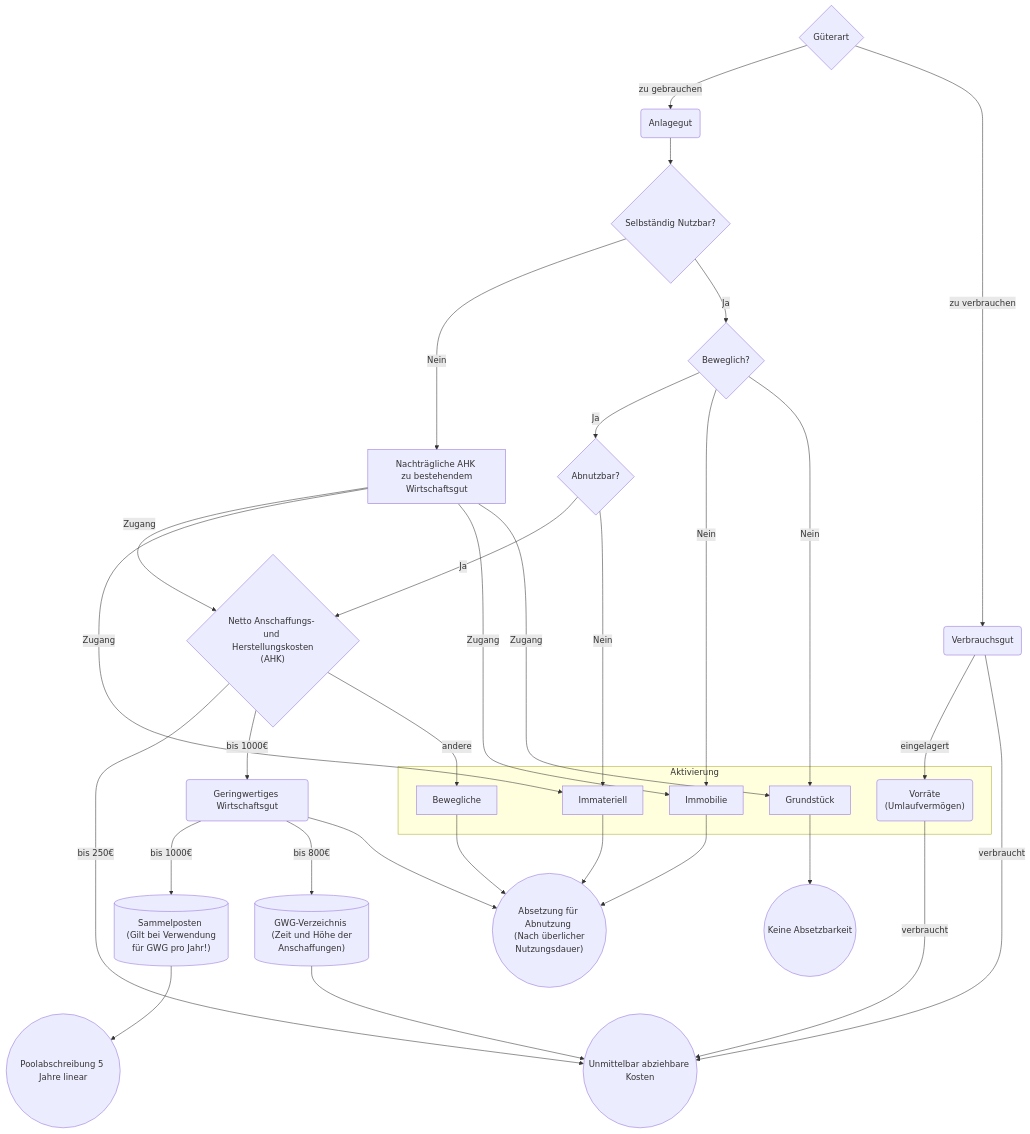
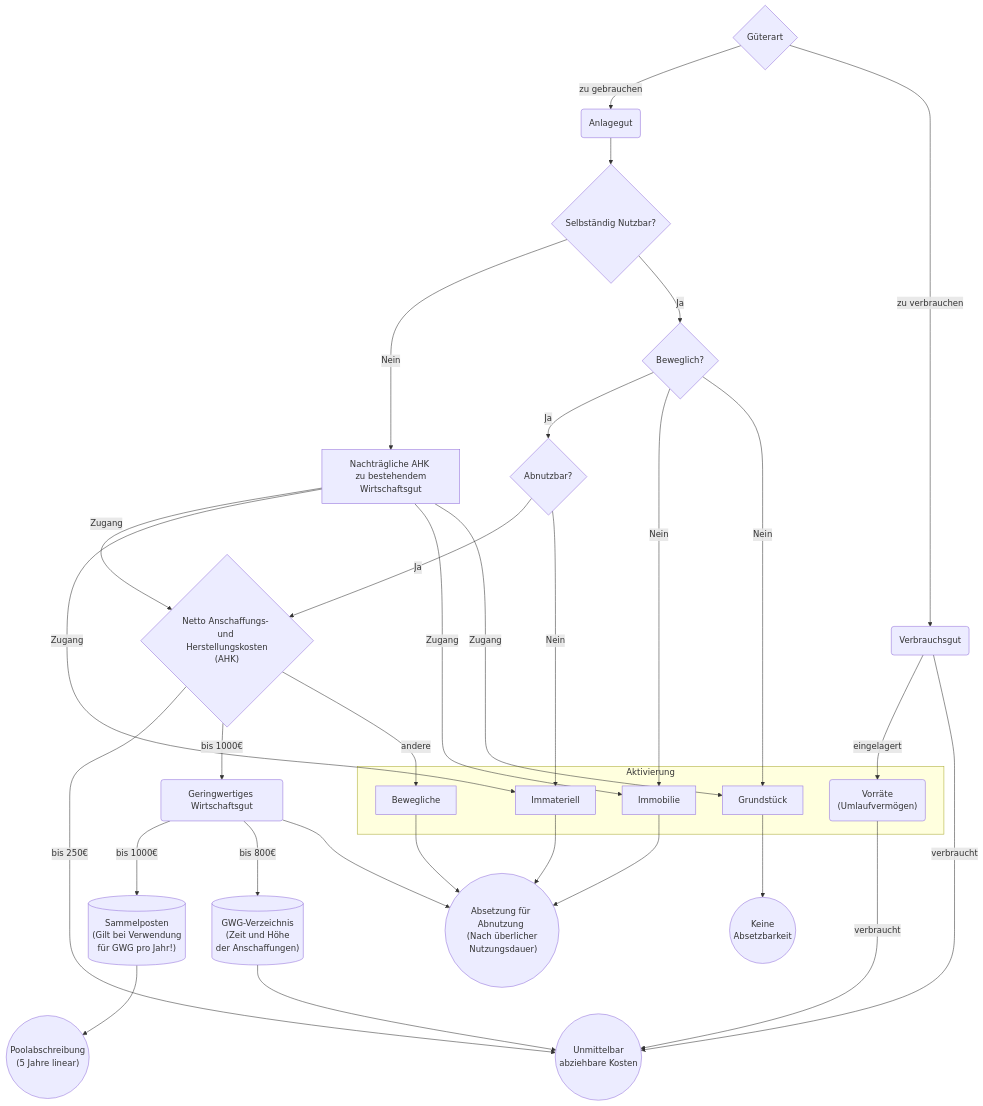
One commit to maxheld83/steuerFlow changed the first of 3 diagrams in README.md. Above: the diagram before and after it, drawn with Mermaid.

Commit message:
more linebreaks

````diff
--- a/README.md
+++ b/README.md
@@ -13,50 +13,50 @@
 ```mermaid
 graph TB
   welcheGA{"Güterart"}
   VG("Verbrauchsgut")
   AG("Anlagegut")
   welcheGA -- zu gebrauchen --> AG
   welcheGA -- zu verbrauchen --> VG
   VG -- eingelagert --> VorR
-  Exp(("Unmittelbar abziehbare Kosten"))
+  Exp(("Unmittelbar \n abziehbare Kosten"))
   VorR -- verbraucht --> Exp
   VG -- verbraucht --> Exp
   AG --> Selbst
   Selbst{"Selbständig Nutzbar?"}
   Selbst -- Nein --> Zugang
   Zugang["Nachträgliche AHK \n zu bestehendem Wirtschaftsgut"]
   Selbst -- Ja --> Bewegl
   Bewegl{"Beweglich?"}
   Bewegl -- Ja --> Abnutz
   Bewegl -- Nein --> Immo & GS
   Abnutz -- Ja --> AHK
   Zugang -- Zugang --> AHK & Imma & Immo & GS
   subgraph Aktivierung
     VorR("Vorräte \n (Umlaufvermögen)")
     Immo["Immobilie"]
     GS["Grundstück"]
     Imma["Immateriell"]
     BeweglG["Bewegliche"]
   end
   Abnutz -- Nein --> Imma
   Abnutz{"Abnutzbar?"}
   Imma --> AfA
-  kAb(("Keine Absetzbarkeit"))
+  kAb(("Keine \n Absetzbarkeit"))
   GS --> kAb
   AHK{"Netto Anschaffungs- und \n Herstellungskosten (AHK)"}
   AHK -- "bis 250€" --> Exp
   GWG("Geringwertiges Wirtschaftsgut")
   AHK -- "bis 1000€" --> GWG
   GWG -- "bis 1000€" --> Sammelposten
-  Sammelposten[("Sammelposten \n (Gilt bei Verwendung für GWG pro Jahr!)")]
-  Pool(("Poolabschreibung 5 Jahre linear"))
+  Sammelposten[("Sammelposten \n (Gilt bei Verwendung \n für GWG pro Jahr!)")]
+  Pool(("Poolabschreibung \n (5 Jahre linear)"))
   Sammelposten --> Pool
-  GWG-V[("GWG-Verzeichnis \n (Zeit und Höhe der Anschaffungen)")]
+  GWG-V[("GWG-Verzeichnis \n (Zeit und Höhe \n der Anschaffungen)")]
   GWG -- "bis 800€" --> GWG-V
-  AfA(("Absetzung für Abnutzung \n (Nach überlicher Nutzungsdauer)"))
+  AfA(("Absetzung für Abnutzung \n (Nach überlicher \n Nutzungsdauer)"))
   GWG --> AfA
   Immo --> AfA
   GWG-V --> Exp
   AHK -- andere --> BeweglG
   BeweglG --> AfA
 ```
````
